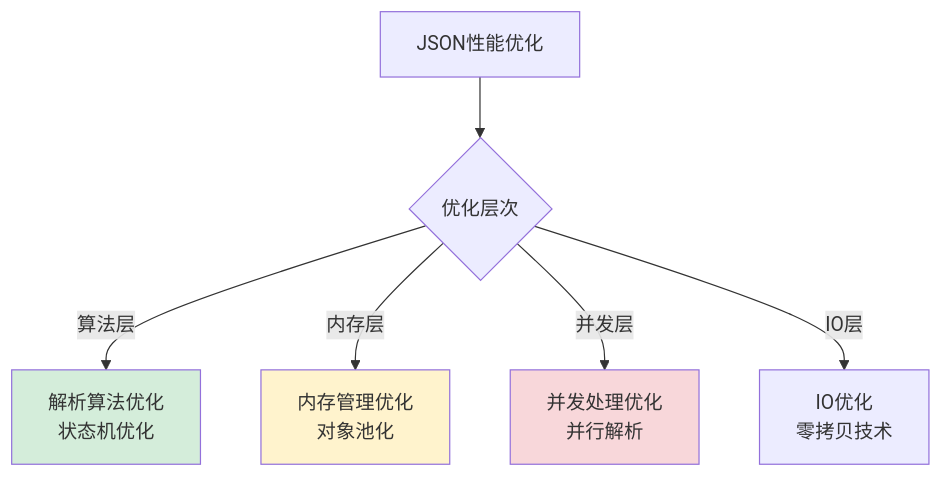
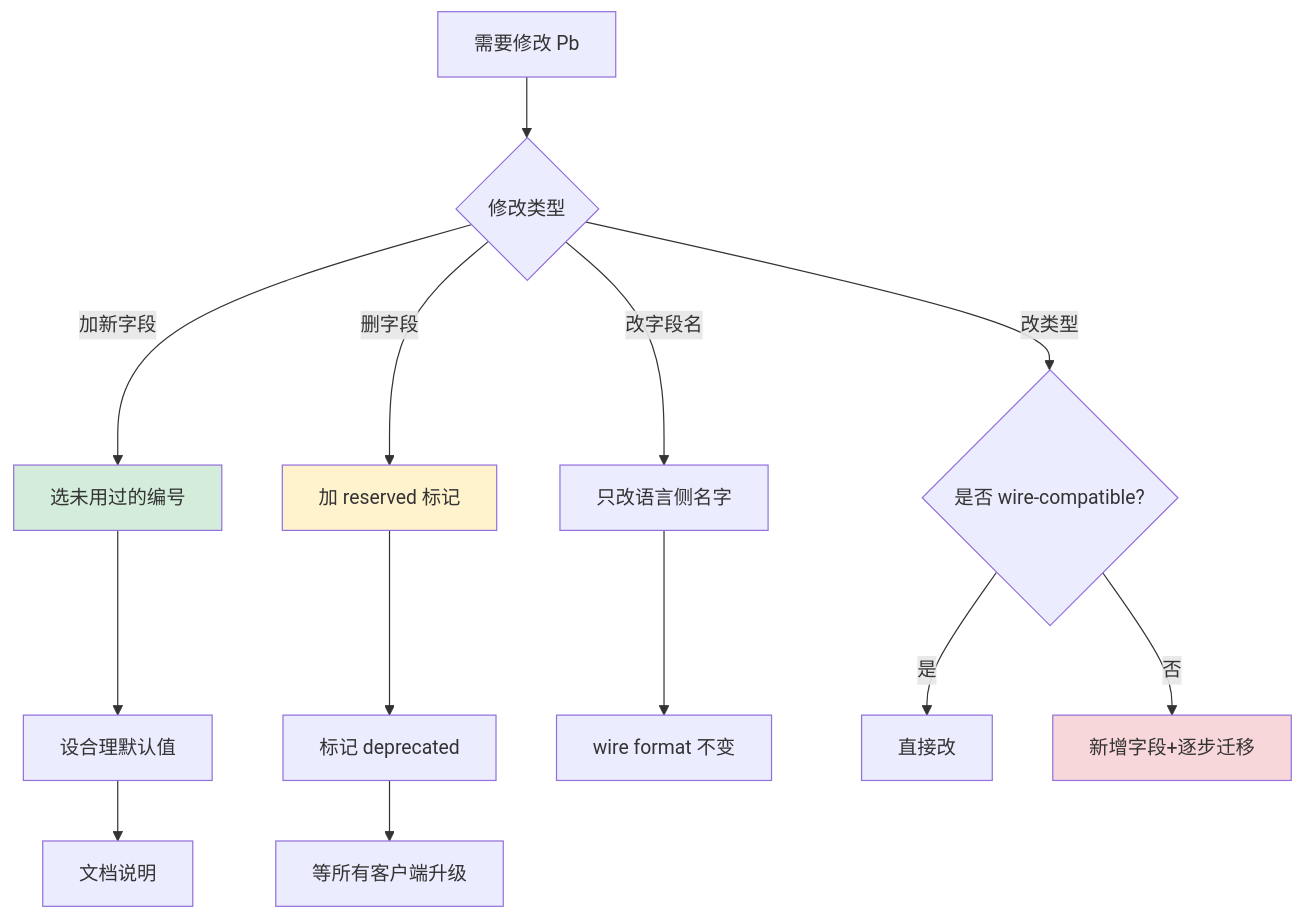
Before and after one commit to chongyang211/YCBookBlog: diagram 16 of 21 in 00.通用技术的提升/02.程序编程原理/06.数据解析设计思想.md, drawn with Mermaid. The commit also changed other lines of this file and 5 other files, not shown here.

````diff
--- a/00.通用技术的提升/02.程序编程原理/06.数据解析设计思想.md
+++ b/00.通用技术的提升/02.程序编程原理/06.数据解析设计思想.md
@@ -2102,12 +3975,23 @@
 ```mermaid
-graph TB
-    A[JSON性能优化] --> B{优化层次}
-    B -->|算法层| C[解析算法优化<br/>状态机优化]
-    B -->|内存层| D[内存管理优化<br/>对象池化]
-    B -->|并发层| E[并发处理优化<br/>并行解析]
-    B -->|IO层| F[IO优化<br/>零拷贝技术]
+flowchart TD
+    A[需要修改 Pb] --> B{修改类型}
     
+    B -->|加新字段| C[选未用过的编号]
+    C --> D[设合理默认值]
+    D --> E[文档说明]
+    
+    B -->|删字段| F[加 reserved 标记]
+    F --> G[标记 deprecated]
+    G --> H[等所有客户端升级]
+    
+    B -->|改字段名| I[只改语言侧名字]
+    I --> J[wire format 不变]
+    
+    B -->|改类型| K{是否 wire-compatible?}
+    K -->|是| L[直接改]
+    K -->|否| M[新增字段+逐步迁移]
+
     style C fill:#d4edda
-    style D fill:#fff3cd
-    style E fill:#f8d7da
+    style F fill:#fff3cd
+    style M fill:#f8d7da
 ```
````
